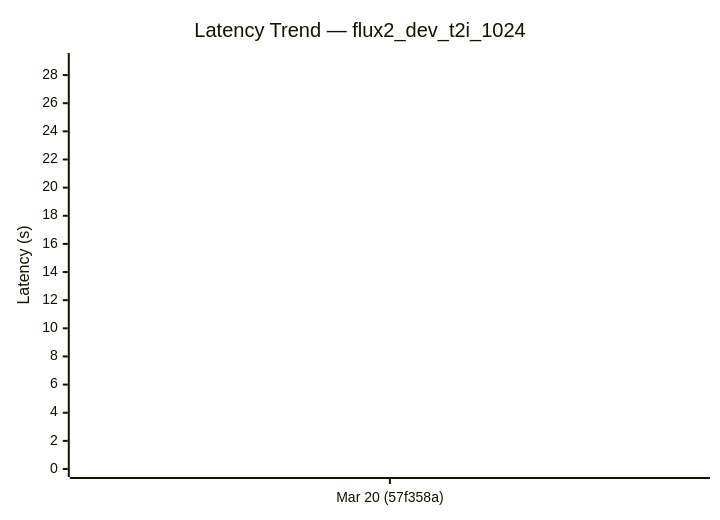
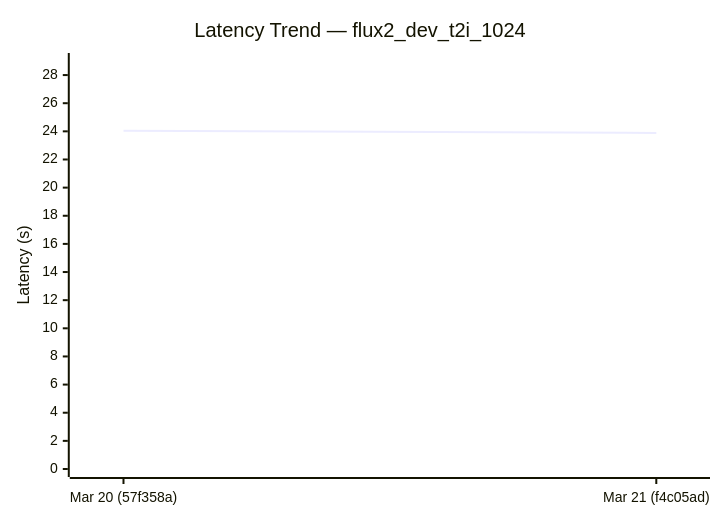
The second of 8 diagrams in diffusion-comparisons/dashboard.md (sglang-bot/sglang-ci-data), drawn with Mermaid before and after one commit. The commit also changed other lines of this file and 1 other file, not shown here.

````diff
--- a/diffusion-comparisons/dashboard.md
+++ b/diffusion-comparisons/dashboard.md
@@ -43,7 +44,7 @@
 ```mermaid
 xychart-beta
   title "Latency Trend — flux2_dev_t2i_1024"
-  x-axis ["Mar 20 (57f358a)"]
+  x-axis ["Mar 20 (57f358a)", "Mar 21 (f4c05ad)"]
   y-axis "Latency (s)" 0 --> 29
-  line [24.05]
+  line [24.05, 23.89]
 ```
````
